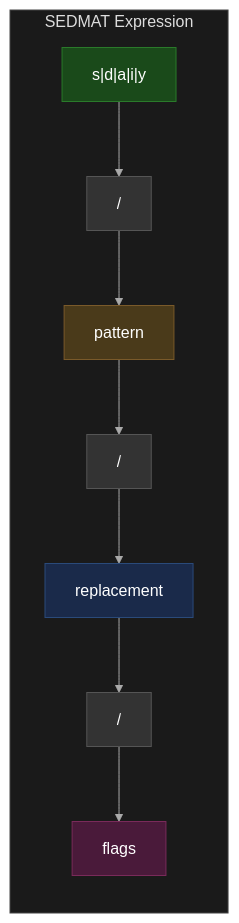
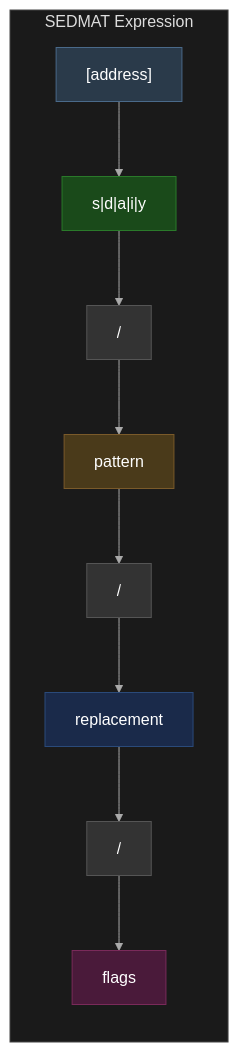
One commit to visionik/sedmat changed the first of 3 diagrams in README.md. Above: the diagram before and after it, drawn with Mermaid. The commit also changed other lines of this file, not shown here.

````diff
--- a/README.md
+++ b/README.md
@@ -77,17 +83,19 @@
 ```mermaid
 %%{init: {'theme': 'base', 'themeVariables': { 'primaryColor': '#333333', 'primaryTextColor': '#ffffff', 'primaryBorderColor': '#555555', 'lineColor': '#aaaaaa', 'secondaryColor': '#2a2a2a', 'tertiaryColor': '#222222', 'background': '#111111', 'edgeLabelBackground': '#222222', 'clusterBkg': '#1a1a1a', 'clusterBorder': '#444444' }}}%%
 graph LR
     subgraph "SEDMAT Expression"
-        CMD["s|d|a|i|y"] --> SEP1["/"]
+        ADDR["[address]"] --> CMD["s|d|a|i|y"]
+        CMD --> SEP1["/"]
         SEP1 --> PAT["pattern"]
         PAT --> SEP2["/"]
         SEP2 --> REP["replacement"]
         REP --> SEP3["/"]
         SEP3 --> FLAGS["flags"]
     end
     
+    style ADDR fill:#2a3a4a,color:#ffffff,stroke:#4a6a8a
     style CMD fill:#1a4a1a,color:#ffffff,stroke:#2a7a2a
     style PAT fill:#4a3a1a,color:#ffffff,stroke:#7a5a2a
     style REP fill:#1a2a4a,color:#ffffff,stroke:#2a4a7a
     style FLAGS fill:#4a1a3a,color:#ffffff,stroke:#7a2a5a
 ```
````
